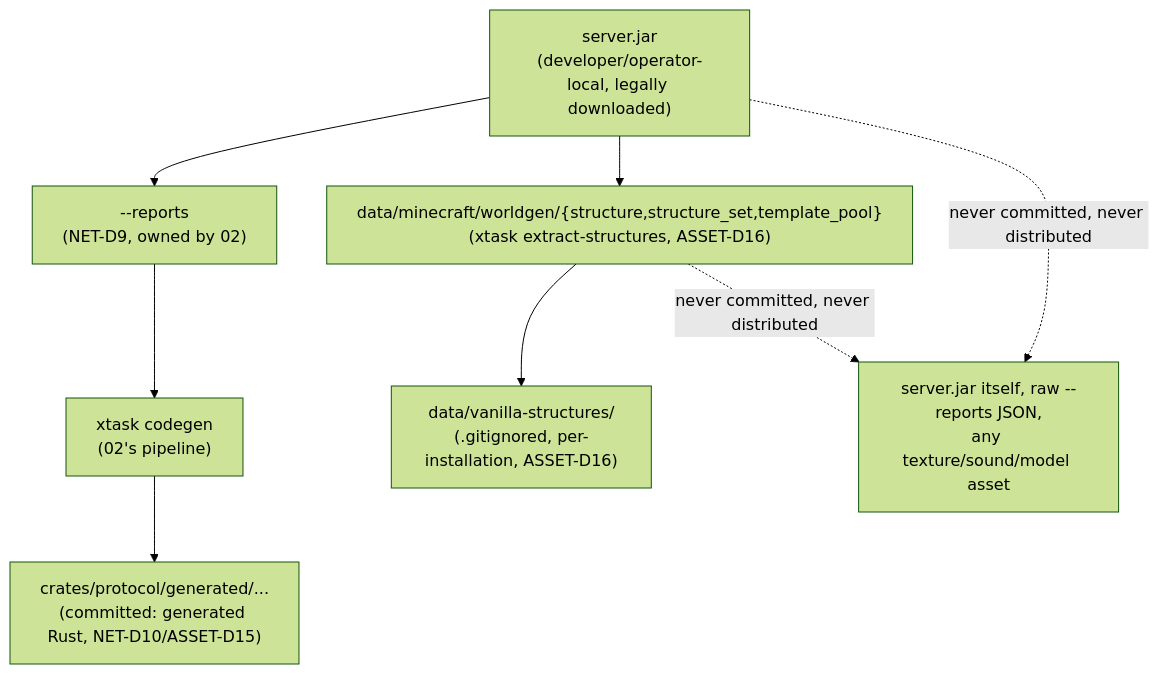
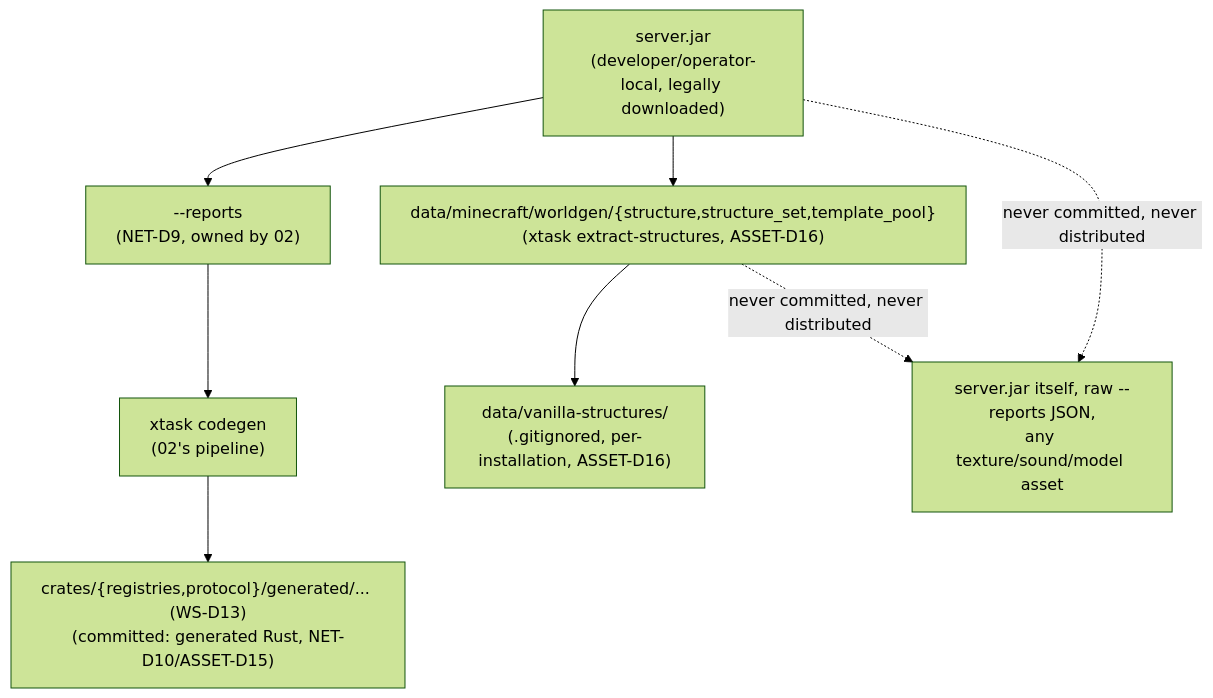
Before and after one commit to FynnAI/rusty-clanker: the second of 2 diagrams in docs/planning/08-assets-auth-legal.md, drawn with Mermaid (forest theme). The commit also changed 17 other files, not shown here.

````diff
--- a/docs/planning/08-assets-auth-legal.md
+++ b/docs/planning/08-assets-auth-legal.md
@@ -139,9 +139,9 @@
 ```mermaid
 flowchart TD
     A["server.jar\n(developer/operator-local, legally downloaded)"] --> B["--reports\n(NET-D9, owned by 02)"]
     A --> C["data/minecraft/worldgen/{structure,structure_set,template_pool}\n(xtask extract-structures, ASSET-D16)"]
-    B --> D["xtask codegen\n(02's pipeline)"] --> E["crates/protocol/generated/...\n(committed: generated Rust, NET-D10/ASSET-D15)"]
+    B --> D["xtask codegen\n(02's pipeline)"] --> E["crates/{registries,protocol}/generated/... (WS-D13)\n(committed: generated Rust, NET-D10/ASSET-D15)"]
     C --> F["data/vanilla-structures/\n(.gitignored, per-installation, ASSET-D16)"]
     A -.never committed, never distributed.-> X["server.jar itself, raw --reports JSON,\nany texture/sound/model asset"]
     C -.never committed, never distributed.-> X
 ```
````
